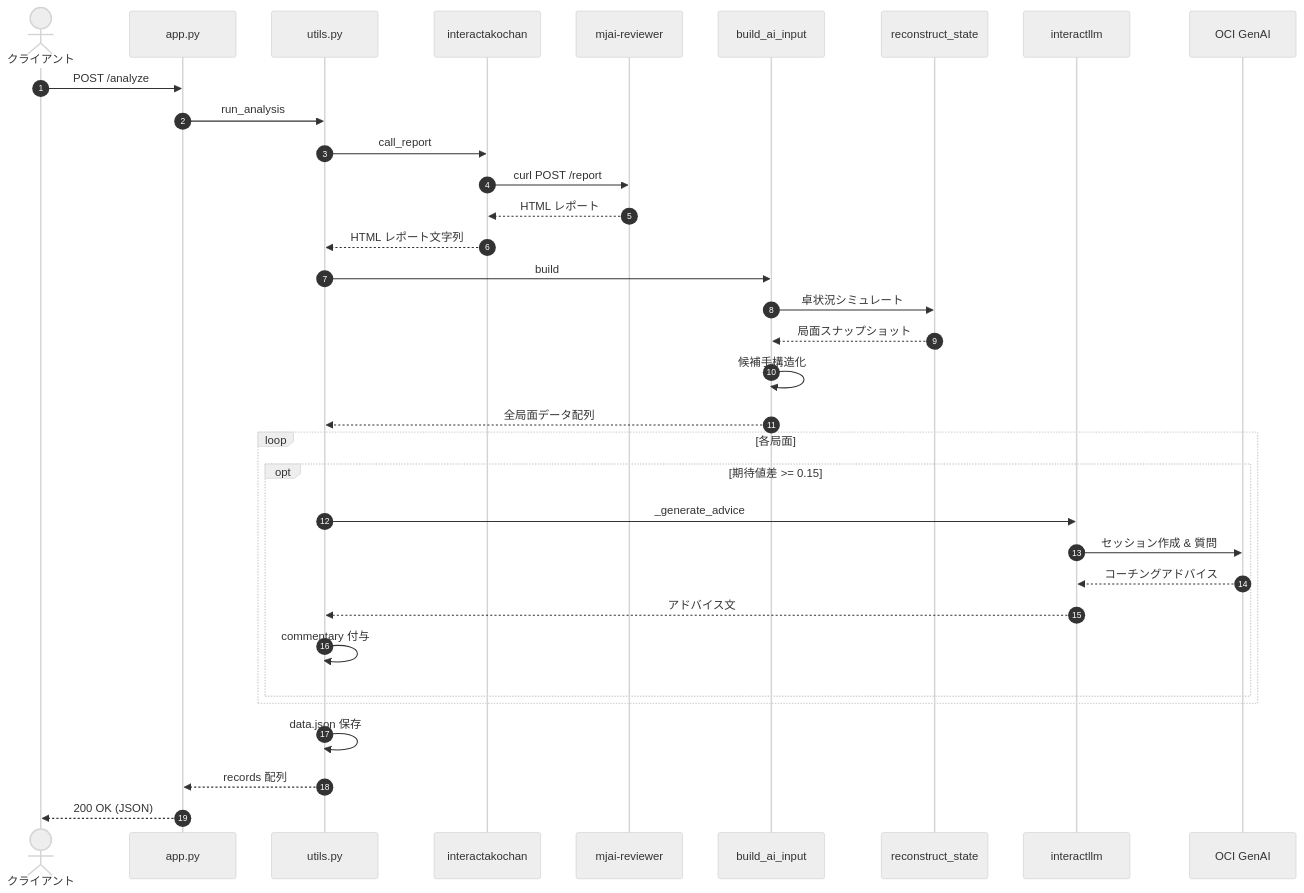
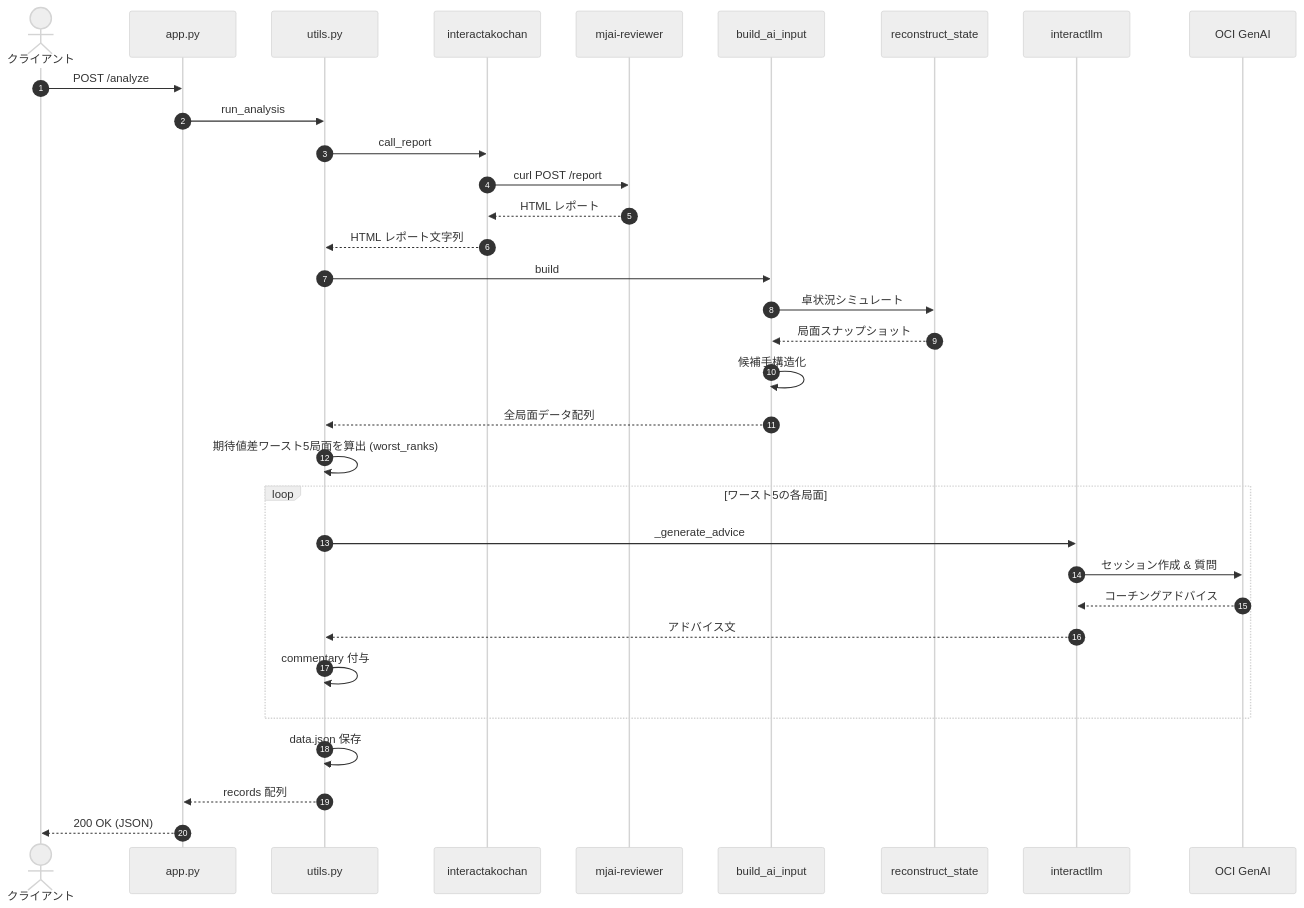
Before and after one commit to kr813/Mahjong-Coaching2: the second of 2 diagrams in docs/code_detail.md, drawn with Mermaid (neutral theme). The commit also changed other lines of this file and 3 other files, not shown here.

````diff
--- a/docs/code_detail.md
+++ b/docs/code_detail.md
@@ -93,37 +93,36 @@
 ```mermaid
 sequenceDiagram
     autonumber
     actor Client as クライアント
     participant App as app.py
     participant Utils as utils.py
     participant IAK as interactakochan
     participant Ako as mjai-reviewer
     participant BAI as build_ai_input
     participant RTS as reconstruct_state
     participant LLM as interactllm
     participant OCI as OCI GenAI
 
     Client->>App: POST /analyze
     App->>Utils: run_analysis
     Utils->>IAK: call_report
     IAK->>Ako: curl POST /report
     Ako-->>IAK: HTML レポート
     IAK-->>Utils: HTML レポート文字列
     Utils->>BAI: build
     BAI->>RTS: 卓状況シミュレート
     RTS-->>BAI: 局面スナップショット
     BAI->>BAI: 候補手構造化
     BAI-->>Utils: 全局面データ配列
-    loop 各局面
-        opt 期待値差 >= 0.15
-            Utils->>LLM: _generate_advice
-            LLM->>OCI: セッション作成 & 質問
-            OCI-->>LLM: コーチングアドバイス
-            LLM-->>Utils: アドバイス文
-            Utils->>Utils: commentary 付与
-        end
+    Utils->>Utils: 期待値差ワースト5局面を算出 (worst_ranks)
+    loop ワースト5の各局面
+        Utils->>LLM: _generate_advice
+        LLM->>OCI: セッション作成 & 質問
+        OCI-->>LLM: コーチングアドバイス
+        LLM-->>Utils: アドバイス文
+        Utils->>Utils: commentary 付与
     end
     Utils->>Utils: data.json 保存
     Utils-->>App: records 配列
     App-->>Client: 200 OK (JSON)
 ```
````
